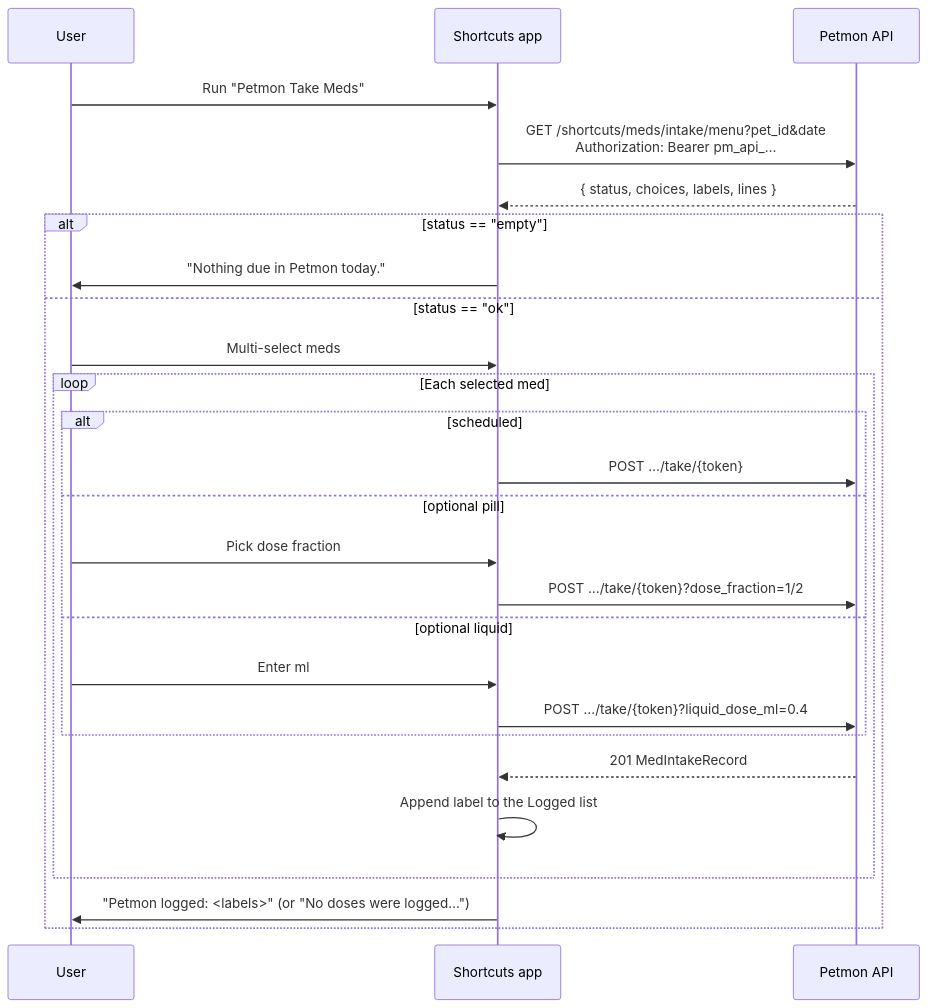
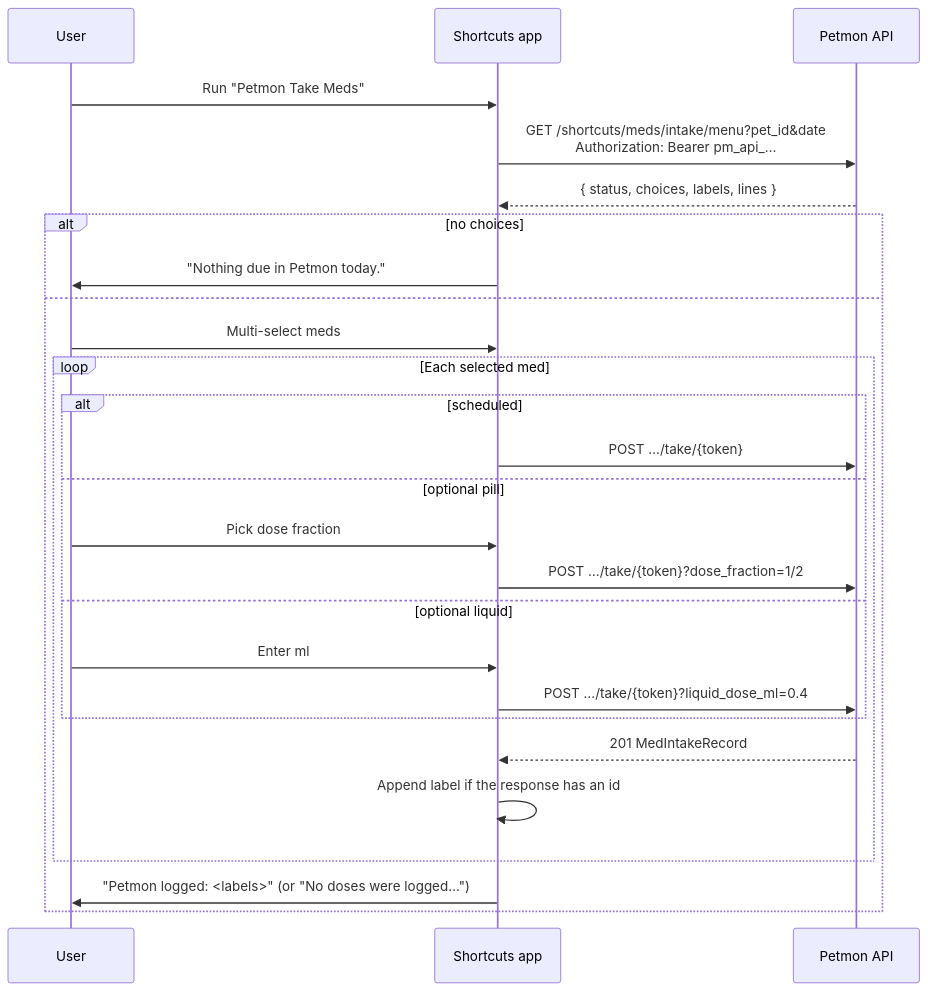
One commit to j0rsa/petmon changed the diagram in docs/apple-shortcut-med-intake.md. Above: the diagram before and after it, drawn with Mermaid. The commit also changed other lines of this file and 22 other files, not shown here.

````diff
--- a/docs/apple-shortcut-med-intake.md
+++ b/docs/apple-shortcut-med-intake.md
@@ -9,29 +11,29 @@
 ```mermaid
 sequenceDiagram
   participant User
   participant Shortcuts as Shortcuts app
   participant API as Petmon API
 
   User->>Shortcuts: Run "Petmon Take Meds"
   Shortcuts->>API: GET /shortcuts/meds/intake/menu?pet_id&date<br/>Authorization: Bearer pm_api_…
   API-->>Shortcuts: { status, choices, labels, lines }
-  alt status == "empty"
+  alt no choices
     Shortcuts->>User: "Nothing due in Petmon today."
-  else status == "ok"
+  else
     User->>Shortcuts: Multi-select meds
     loop Each selected med
       alt scheduled
         Shortcuts->>API: POST …/take/{token}
       else optional pill
         User->>Shortcuts: Pick dose fraction
         Shortcuts->>API: POST …/take/{token}?dose_fraction=1/2
       else optional liquid
         User->>Shortcuts: Enter ml
         Shortcuts->>API: POST …/take/{token}?liquid_dose_ml=0.4
       end
       API-->>Shortcuts: 201 MedIntakeRecord
-      Shortcuts->>Shortcuts: Append label to the Logged list
+      Shortcuts->>Shortcuts: Append label if the response has an id
     end
     Shortcuts->>User: "Petmon logged: <labels>" (or "No doses were logged…")
   end
 ```
````
